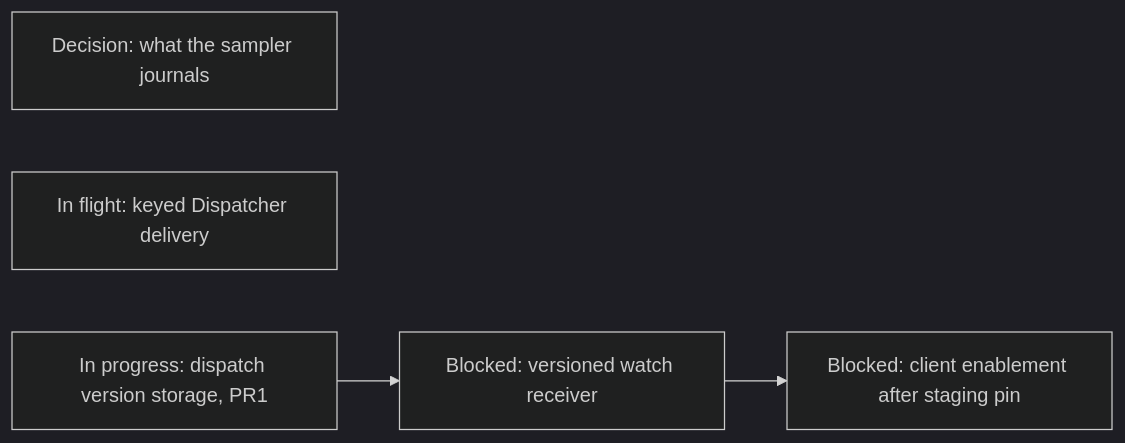
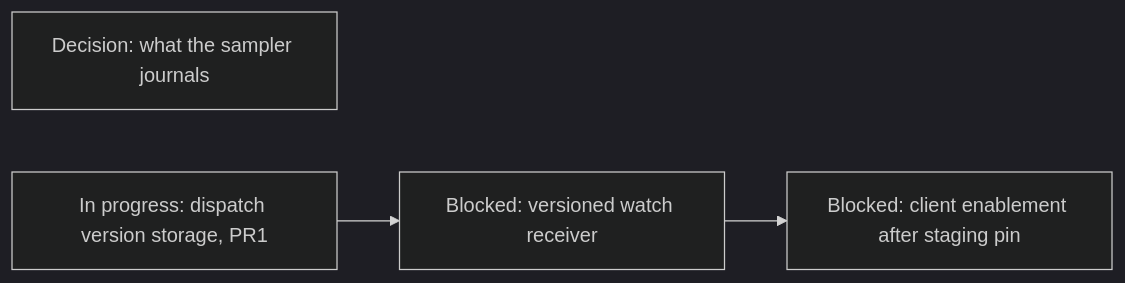
One commit to agentydragon/ducktape changed diagram 19 of 20 in agentplane/plans/task_dag.md. Above: the diagram before and after it, drawn with Mermaid (dark theme). The commit also changed other lines of this file and 19 other files, not shown here.

Commit message:
Reconcile Dispatcher delivery by Session and Sandbox keys

````diff
--- a/agentplane/plans/task_dag.md
+++ b/agentplane/plans/task_dag.md
@@ -3815,9 +3813,8 @@
 ```mermaid
 flowchart LR
     SAMPLER_JOURNAL_DIET[Decision: what the sampler journals]
-    DISPATCHER_KEYED_DELIVERY[In flight: keyed Dispatcher delivery]
     DISPATCHER_WATCH_VERSIONS[In progress: dispatch version storage, PR1]
     DISPATCHER_WATCH_RESUMABLE_SERVER[Blocked: versioned watch receiver]
     DISPATCHER_WATCH_CLIENT_CUTOVER[Blocked: client enablement after staging pin]
     DISPATCHER_WATCH_VERSIONS --> DISPATCHER_WATCH_RESUMABLE_SERVER --> DISPATCHER_WATCH_CLIENT_CUTOVER
 ```
````
